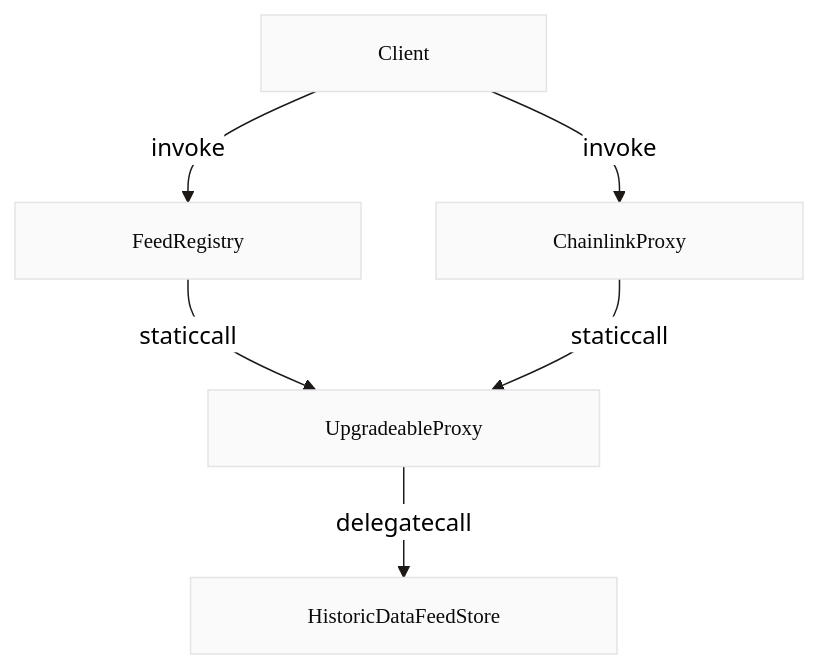
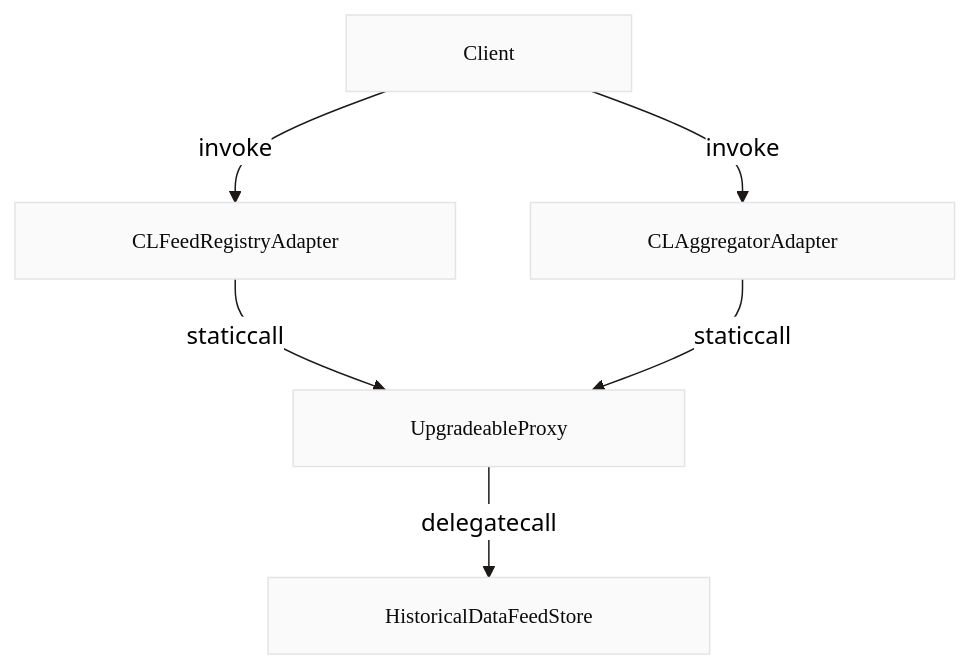
The diagram in apps/docs.blocksense.network/pages/docs/contracts/index.mdx (blocksense-network/blocksense-infra-test), drawn with Mermaid before and after one commit. The commit also changed other lines of this file and 8 other files, not shown here.

````diff
--- a/apps/docs.blocksense.network/pages/docs/contracts/index.mdx
+++ b/apps/docs.blocksense.network/pages/docs/contracts/index.mdx
@@ -18,35 +18,35 @@
 ```mermaid
 ---
 config:
     rightAngles: true
     theme: neutral
     primaryColor: "#d0d0d0"
     signalColor: "FF0000"
     signalTextColor: "#808080"
 ---
 graph TD
     classDef clientNode fill:#fafafa,color:#0c0a09,stroke:#e4e4e7,stroke-width:1px,shadow:2px 2px 5px #888888, display:block, padding:0rem 3rem, font-size: 0.875rem, font-family:'Fira Code', monospace;
     classDef feedNode,proxyNode,dataNode fill:#fafafa,color:#0c0a09,stroke:#e4e4e7,stroke-width:1px,shadow:2px 2px 5px #888888, display:block, padding:0rem 3rem, font-size: 0.875rem, font-family:'Fira Code', monospace;
     classDef feedNode:hover,proxyNode:hover,dataNode:hover fill:#fafafa,color:#0000EE,stroke:#e4e4e7,stroke-width:1px,shadow:2px 2px 5px #888888, display:block, padding:0rem 3rem, font-size: 0.875rem, font-family:'Fira Code', monospace, text-decoration: underline, text-underline-offset: 4px;
 
     linkStyle default fill:none,stroke-width:1px,stroke:#1c1917
 
     A[Client] -->|invoke| E
     A -->|invoke| B
-    B[FeedRegistry] -->|staticcall| C[UpgradeableProxy]
-    C -->|delegatecall| D[HistoricDataFeedStore]
-    E[ChainlinkProxy] -->|staticcall| C
+    B[CLFeedRegistryAdapter] -->|staticcall| C[UpgradeableProxy]
+    C -->|delegatecall| D[HistoricalDataFeedStore]
+    E[CLAggregatorAdapter] -->|staticcall| C
 
-    click B "/docs/contracts/reference-documentation/FeedRegistry" "Go to FeedRegistry"
+    click B "/docs/contracts/reference-documentation/CLFeedRegistryAdapter" "Go to CLFeedRegistryAdapter"
     click C "/docs/contracts/reference-documentation/UpgradeableProxy" "Go to UpgradeableProxy"
-    click D "/docs/contracts/reference-documentation/HistoricDataFeedStoreV2" "Go to HistoricDataFeedStoreV2"
-    click E "/docs/contracts/reference-documentation/ChainlinkProxy" "Go to ChainlinkProxy"
+    click D "/docs/contracts/reference-documentation/HistoricalDataFeedStoreV2" "Go to HistoricalDataFeedStoreV2"
+    click E "/docs/contracts/reference-documentation/CLAggregatorAdapter" "Go to CLAggregatorAdapter"
 
     class A clientNode
     class B,E feedNode
     class C proxyNode
     class D dataNode
     class A,B,E invokeEdge
     class B,C,E staticcallEdge
     class C,D delegatecallEdge
 ```
````
